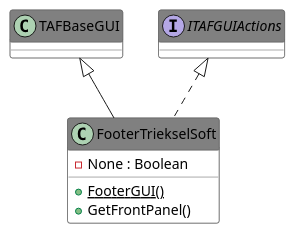
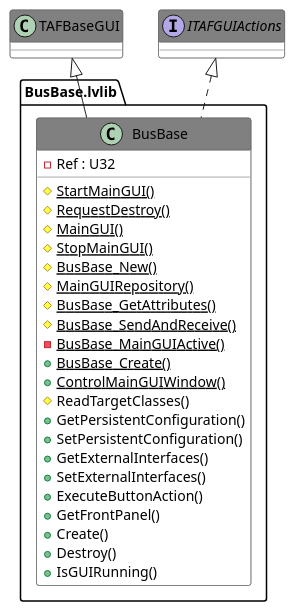
One commit to PatriekBruins/TriekselsoftApplicationFramework changed the diagram in Source/Antidoc-Output/Includes/034.adoc. Above: the diagram before and after it, drawn with PlantUML. The commit also changed other lines of this file and 692 other files, not shown here.

```diff
--- a/Source/Antidoc-Output/Includes/034.adoc
+++ b/Source/Antidoc-Output/Includes/034.adoc
@@ -8,25 +8,44 @@
 [plantuml, format="svg", align="center"]
 ....
 @startuml
 set namespaceSeparator :
 skinparam ClassBackgroundColor #FFFFFF
 skinparam ClassBorderColor #555555
 skinparam ClassFontColor #000000
 skinparam ClassHeaderBackgroundColor #808080
 
 skinparam top to bottom direction
-class "FooterTriekselSoft" {
-{field} -None : Boolean
-{static} {method} +FooterGUI()
+class "BusBase.lvlib:BusBase" {
+{field} -Ref : U32
+{static} {method} #StartMainGUI()
+{static} {method} #RequestDestroy()
+{static} {method} #MainGUI()
+{static} {method} #StopMainGUI()
+{static} {method} #BusBase_New()
+{static} {method} #MainGUIRepository()
+{static} {method} #BusBase_GetAttributes()
+{static} {method} #BusBase_SendAndReceive()
+{static} {method} -BusBase_MainGUIActive()
+{static} {method} +BusBase_Create()
+{static} {method} +ControlMainGUIWindow()
+{method} #ReadTargetClasses()
+{method} +GetPersistentConfiguration()
+{method} +SetPersistentConfiguration()
+{method} +GetExternalInterfaces()
+{method} +SetExternalInterfaces()
+{method} +ExecuteButtonAction()
 {method} +GetFrontPanel()
+{method} +Create()
+{method} +Destroy()
+{method} +IsGUIRunning()
 
 }
-"TAFBaseGUI" <|-- "FooterTriekselSoft"
-"ITAFGUIActions" <|.. "FooterTriekselSoft"
+"TAFBaseGUI" <|-- "BusBase.lvlib:BusBase"
+"ITAFGUIActions" <|.. "BusBase.lvlib:BusBase"
 interface "ITAFGUIActions" {}
 
 
 
 
 @enduml
 ....
```
